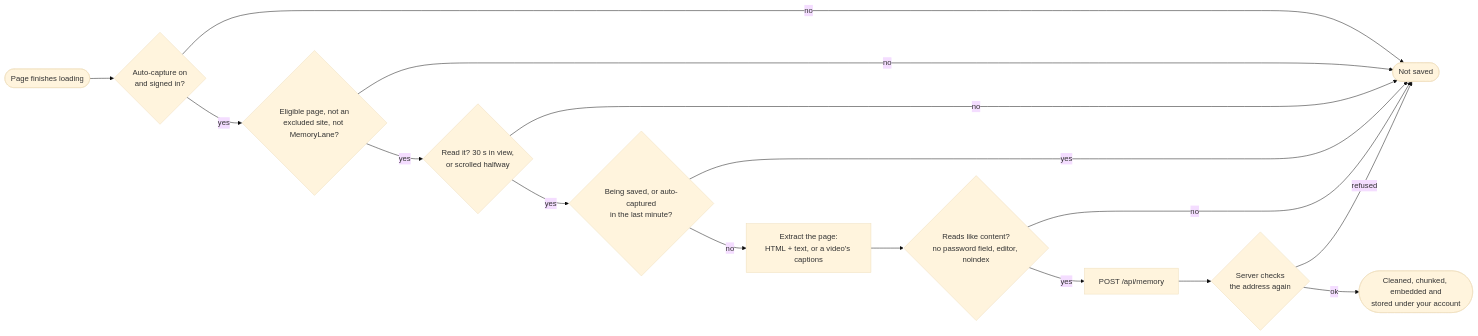
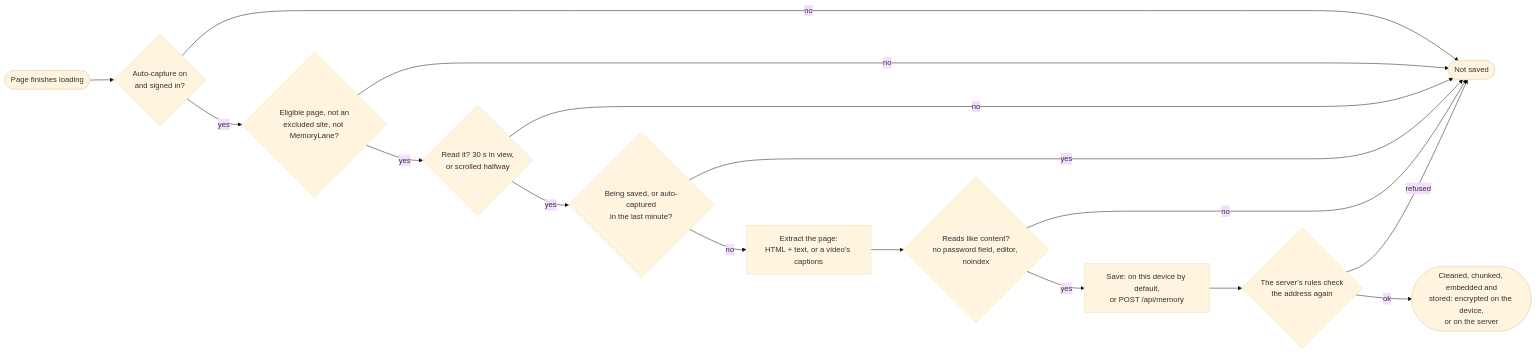
One commit to rabeeh18/ucs503p-202627-MemoryLane changed the diagram in docs/user-guide/automatic-capture.md. Above: the diagram before and after it, drawn with Mermaid (base theme). The commit also changed 20 other files, not shown here.

First line of the commit message:
Diagrams: device storage and IndexedDB in docs and report

````diff
--- a/docs/user-guide/automatic-capture.md
+++ b/docs/user-guide/automatic-capture.md
@@ -28,18 +28,18 @@
 ```mermaid
 flowchart LR
     load([Page finishes loading]) --> on{Auto-capture on<br/>and signed in?}
     on -- no --> skip([Not saved])
     on -- yes --> ok{Eligible page, not an<br/>excluded site, not MemoryLane?}
     ok -- no --> skip
     ok -- yes --> read{Read it? 30 s in view,<br/>or scrolled halfway}
     read -- no --> skip
     read -- yes --> recent{Being saved, or auto-captured<br/>in the last minute?}
     recent -- yes --> skip
     recent -- no --> extract[Extract the page:<br/>HTML + text, or a video's captions]
     extract --> content{Reads like content?<br/>no password field, editor, noindex}
     content -- no --> skip
-    content -- yes --> post[POST /api/memory]
-    post --> server{Server checks<br/>the address again}
+    content -- yes --> post[Save: on this device by default,<br/>or POST /api/memory]
+    post --> server{The server's rules check<br/>the address again}
     server -- refused --> skip
-    server -- ok --> stored([Cleaned, chunked, embedded and<br/>stored under your account])
+    server -- ok --> stored([Cleaned, chunked, embedded and<br/>stored: encrypted on the device,<br/>or on the server])
 ```
````
